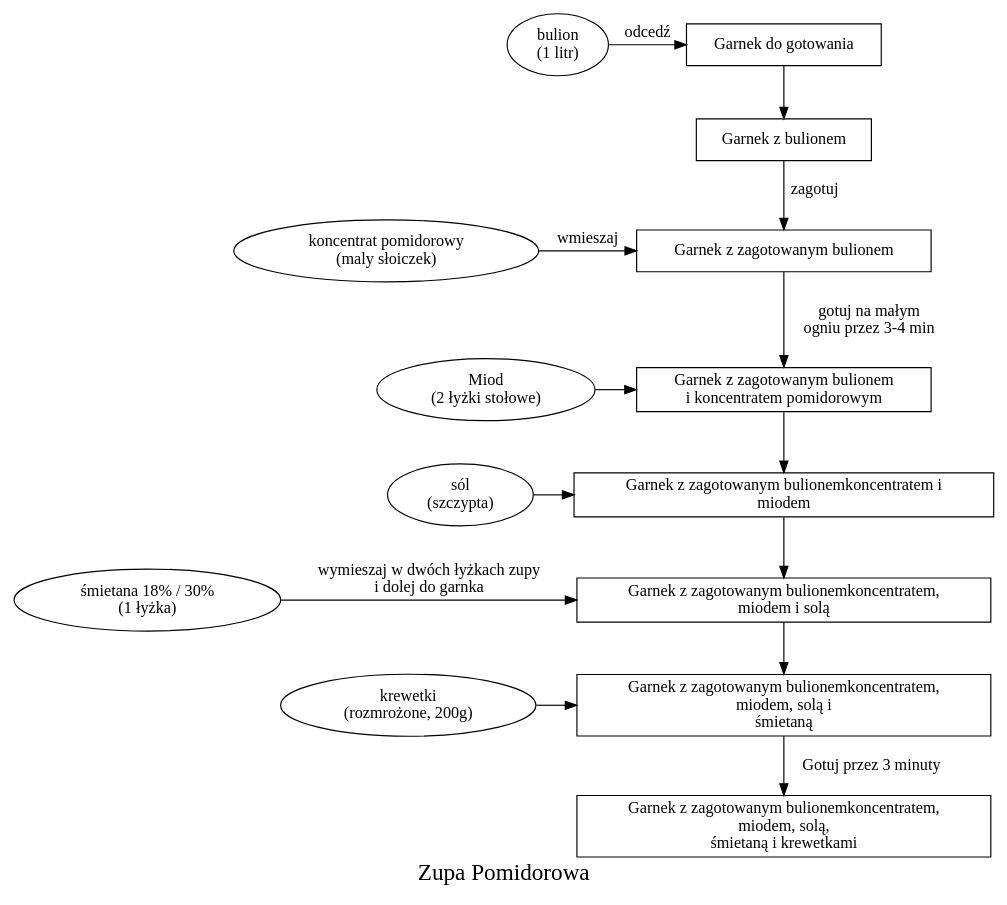
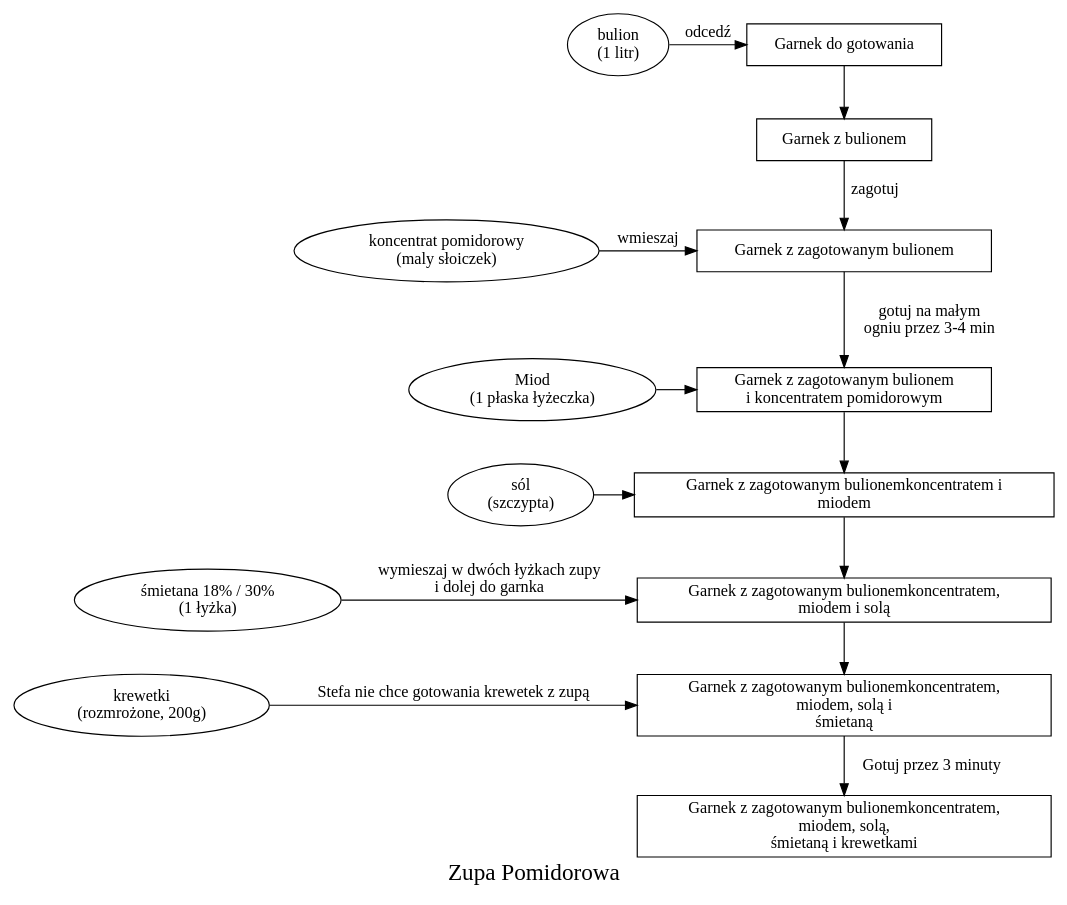
Before and after one commit to yetanotherdeveloper/cooking-reciepes-as-graphs: the diagram in tomato-soup/tomato_soup.dot, drawn with Graphviz.

Commit message:
Fixes to tomate soup

```diff
--- a/tomato-soup/tomato_soup.dot
+++ b/tomato-soup/tomato_soup.dot
@@ -1,43 +1,43 @@
 
 digraph G {
   fontsize=20
   label="Zupa Pomidorowa"
   {rank=same garnek,bulion}
   {rank=same garnek3,koncentrat}
   {rank=same garnek4,miod}
   {rank=same garnek5,sol}
   {rank=same garnek6,smietana}
   {rank=same garnek7,krewetki}
   bulion[label="bulion\n(1 litr)"]
   krewetki[label="krewetki\n(rozmrożone, 200g)"]
   sol[label="sól\n(szczypta)"]
-  miod[label="Miod\n(2 łyżki stołowe)"]
+  miod[label="Miod\n(1 płaska łyżeczka)"]
   koncentrat[label="koncentrat pomidorowy\n(maly słoiczek)"]
   smietana[label="śmietana 18% / 30%\n(1 łyżka)"]
 
   garnek[shape=rectangle,label="Garnek do gotowania"]
   garnek2[shape=rectangle,label="Garnek z bulionem"]
   garnek3[shape=rectangle,label="Garnek z zagotowanym bulionem"]
   garnek4[shape=rectangle,label="Garnek z zagotowanym bulionem\n i koncentratem pomidorowym"]
   garnek5[shape=rectangle,label="Garnek z zagotowanym bulionem\koncentratem i\n miodem"]
   garnek6[shape=rectangle,label="Garnek z zagotowanym bulionem\koncentratem,\n miodem i solą"]
   garnek7[shape=rectangle,label="Garnek z zagotowanym bulionem\koncentratem,\n miodem, solą i\nśmietaną"]
   garnek8[shape=rectangle,label="Garnek z zagotowanym bulionem\koncentratem,\n miodem, solą,\nśmietaną i krewetkami"]
  
   bulion->garnek[label="odcedź"]
   garnek->garnek2 
   garnek2->garnek3[label="zagotuj"]
   koncentrat->garnek3[label="wmieszaj"]
   garnek3->garnek4[label="gotuj na małym\n ogniu przez 3-4 min"] 
   miod->garnek4
   garnek4->garnek5
   sol->garnek5
   garnek5->garnek6
   smietana->garnek6[label="wymieszaj w dwóch łyżkach zupy\n i dolej do garnka"]
   garnek6->garnek7
 
-  krewetki->garnek7
+  krewetki->garnek7[label="Stefa nie chce gotowania krewetek z zupą"]
   garnek7->garnek8[label="Gotuj przez 3 minuty"]
 
 
 }
```
